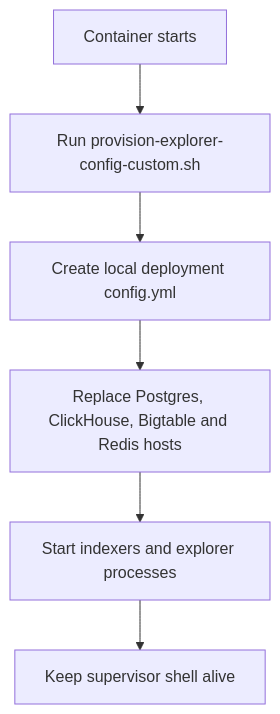
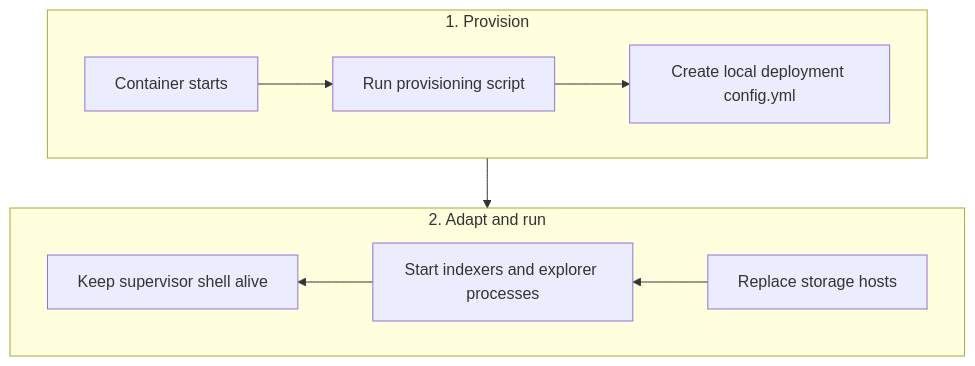
One commit to seed-labs/seed-emulator changed the third of 3 diagrams in docs/designs/eth_explorer.md. Above: the diagram before and after it, drawn with Mermaid. The commit also changed other lines of this file and 12 other files, not shown here.

````diff
--- a/docs/designs/eth_explorer.md
+++ b/docs/designs/eth_explorer.md
@@ -104,8 +112,12 @@
 ```mermaid
 flowchart TD
-    A[Container starts] --> B[Run provision-explorer-config-custom.sh]
-    B --> C[Create local deployment config.yml]
-    C --> D[Replace Postgres, ClickHouse, Bigtable and Redis hosts]
-    D --> E[Start indexers and explorer processes]
-    E --> F[Keep supervisor shell alive]
+    subgraph row1["1. Provision"]
+        direction LR
+        A[Container starts] --> B[Run provisioning script] --> C[Create local deployment config.yml]
+    end
+    subgraph row2["2. Adapt and run"]
+        direction RL
+        D[Replace storage hosts] --> E[Start indexers and explorer processes] --> F[Keep supervisor shell alive]
+    end
+    row1 --> row2
 ```
````
